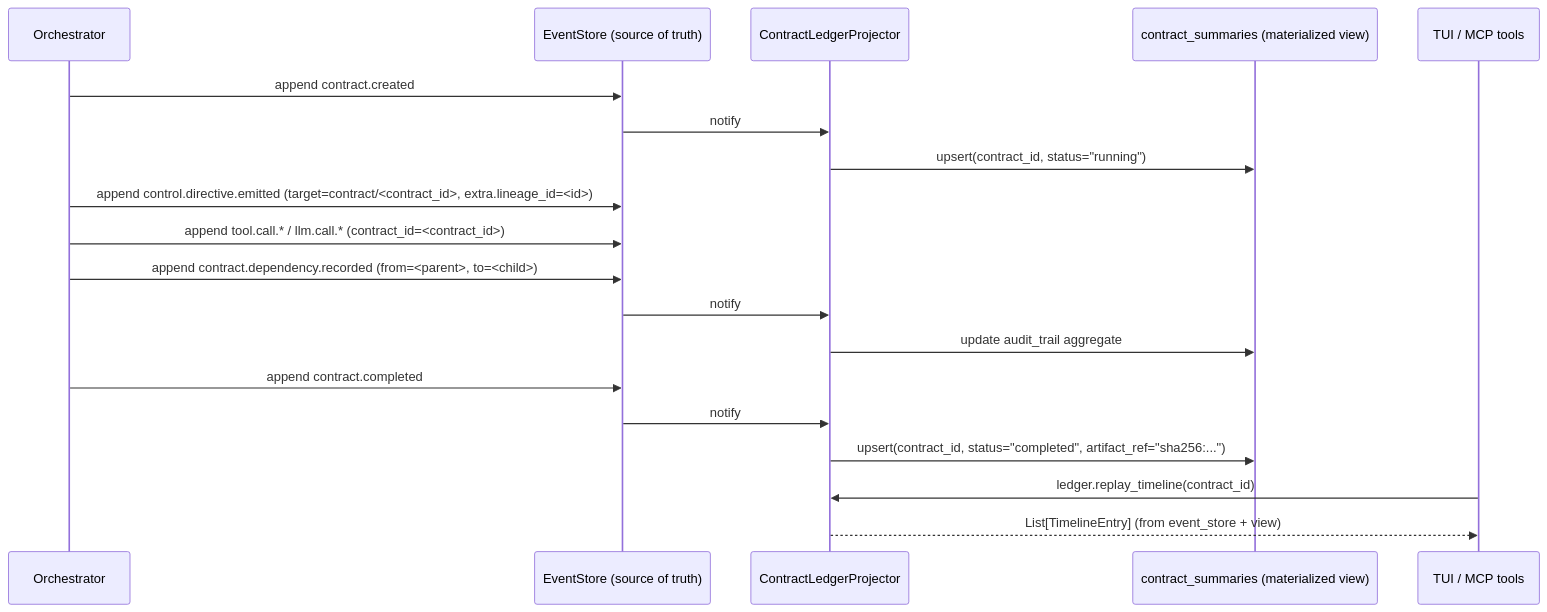
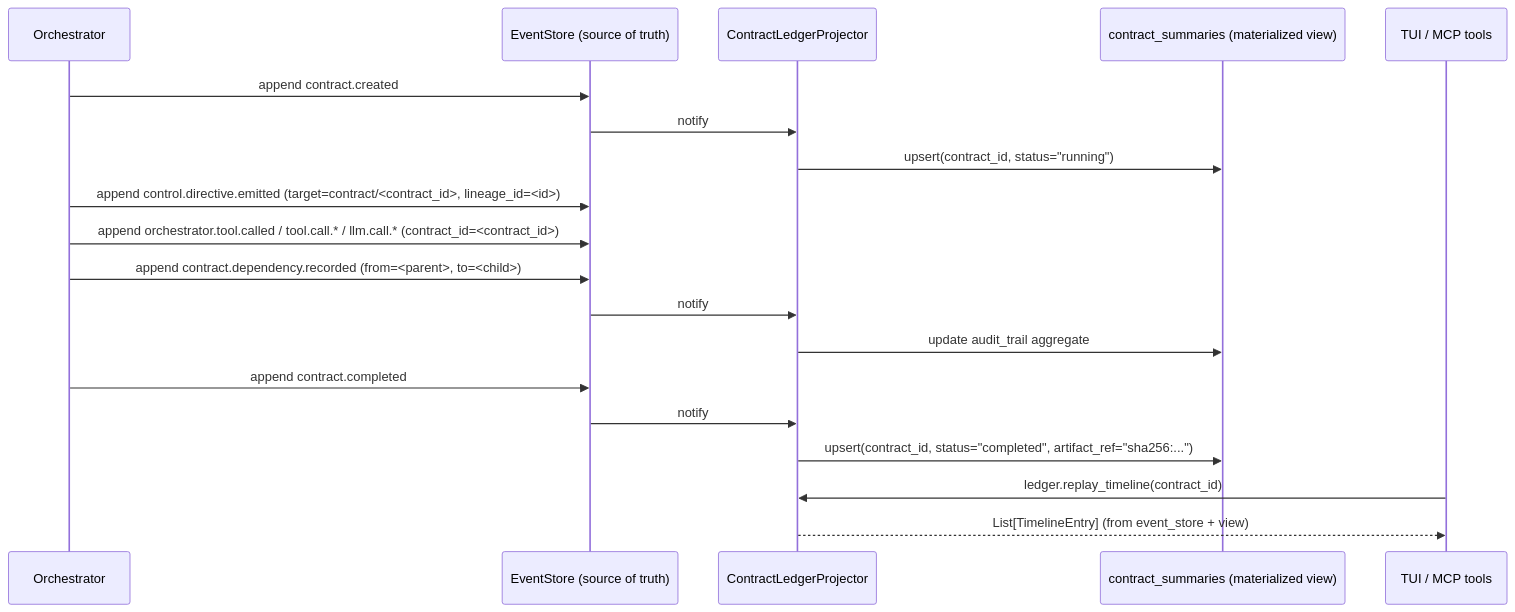
Before and after one commit to Q00/ouroboros: the second of 2 diagrams in docs/rfc/contract-ledger.md, drawn with Mermaid. The commit also changed other lines of this file, not shown here.

````diff
--- a/docs/rfc/contract-ledger.md
+++ b/docs/rfc/contract-ledger.md
@@ -257,22 +259,22 @@
 ```mermaid
 sequenceDiagram
     participant O as Orchestrator
     participant E as EventStore (source of truth)
     participant P as ContractLedgerProjector
     participant V as contract_summaries (materialized view)
     participant T as TUI / MCP tools
 
     O->>E: append contract.created
     E->>P: notify
     P->>V: upsert(contract_id, status="running")
-    O->>E: append control.directive.emitted (target=contract/<contract_id>, extra.lineage_id=<id>)
-    O->>E: append tool.call.* / llm.call.* (contract_id=<contract_id>)
+    O->>E: append control.directive.emitted (target=contract/<contract_id>, lineage_id=<id>)
+    O->>E: append orchestrator.tool.called / tool.call.* / llm.call.* (contract_id=<contract_id>)
     O->>E: append contract.dependency.recorded (from=<parent>, to=<child>)
     E->>P: notify
     P->>V: update audit_trail aggregate
     O->>E: append contract.completed
     E->>P: notify
     P->>V: upsert(contract_id, status="completed", artifact_ref="sha256:...")
     T->>P: ledger.replay_timeline(contract_id)
     P-->>T: List[TimelineEntry] (from event_store + view)
 ```
````
